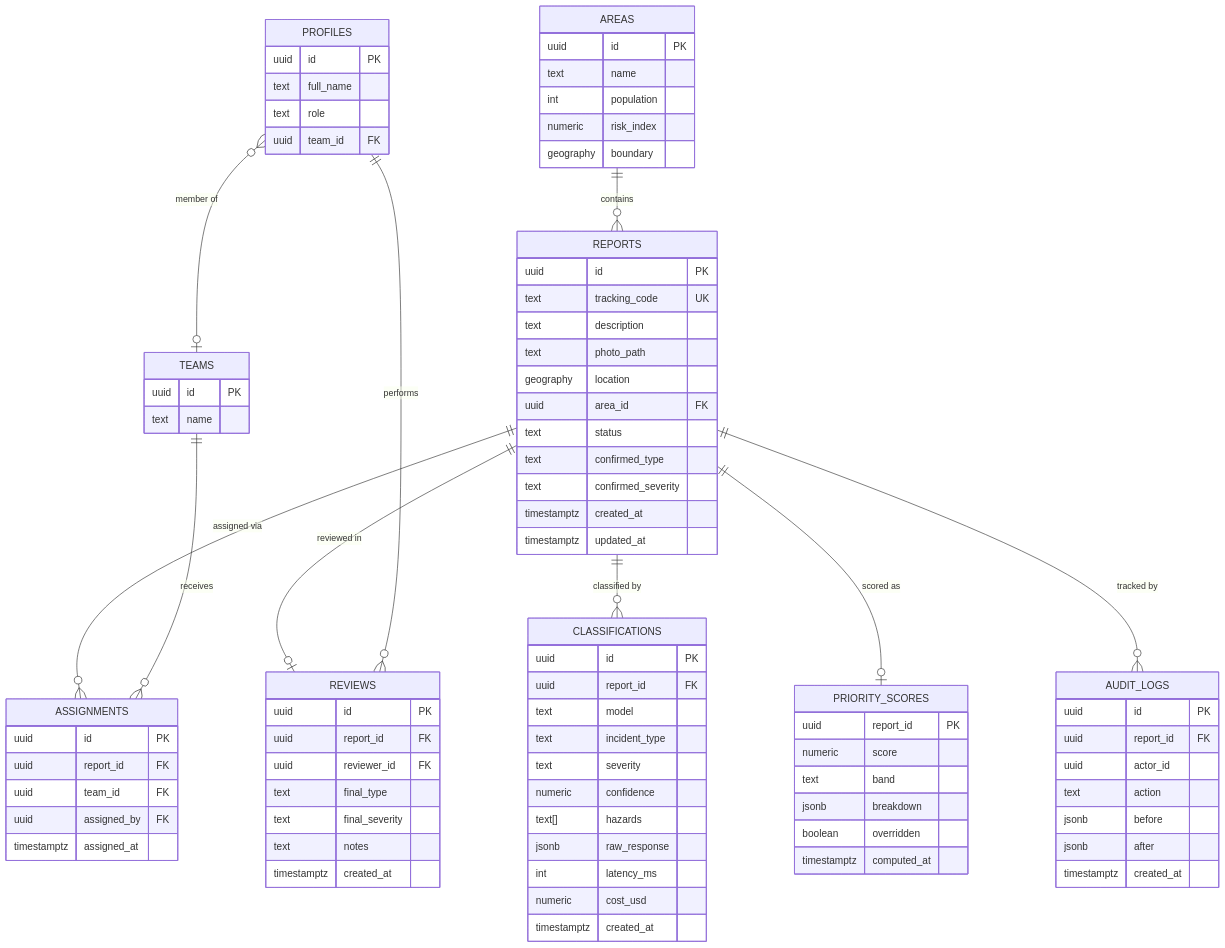
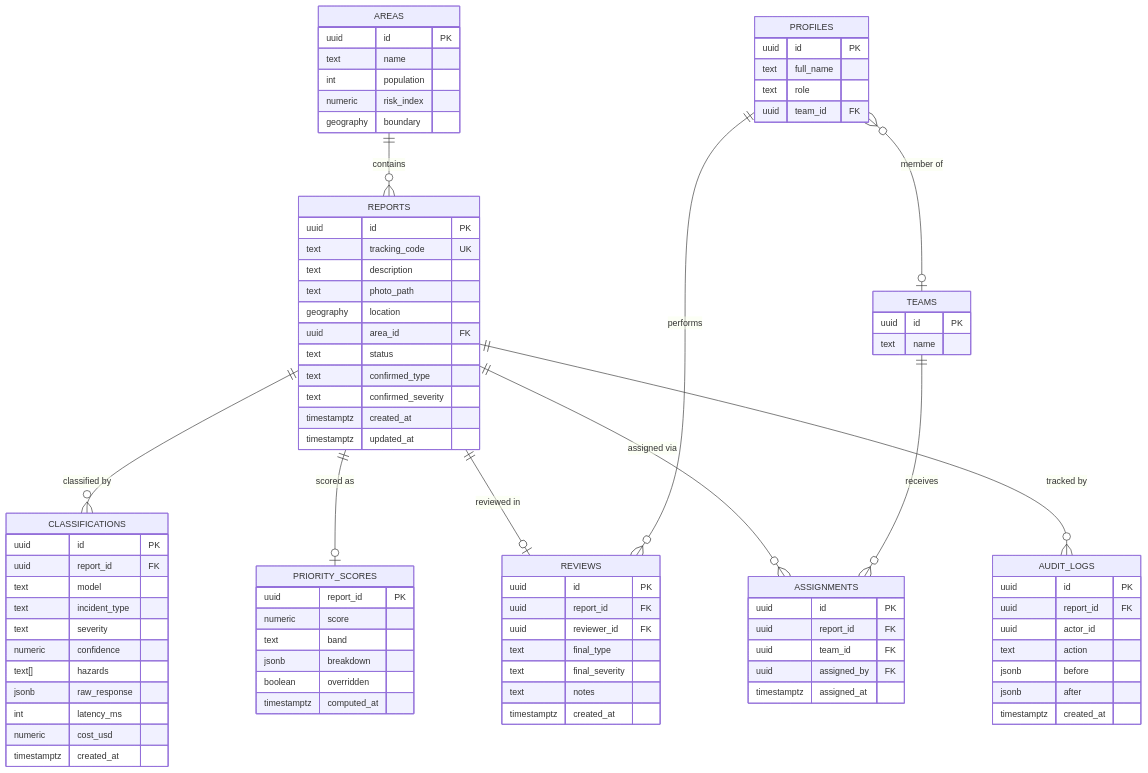
One commit to helidastar/SAGIP-AI changed the seventh of 7 diagrams in docs/DOCUMENTATION.md. Above: the diagram before and after it, drawn with Mermaid. The commit also changed other lines of this file and 1 other file, not shown here.

Commit message:
docs(ai): add AI benchmarking log and portrait architecture diagrams

````diff
--- a/docs/DOCUMENTATION.md
+++ b/docs/DOCUMENTATION.md
@@ -424,14 +429,16 @@
 ```mermaid
+%%{init: {"er": {"layoutDirection": "TB", "entityPadding": 10, "minEntityWidth": 90}, "themeVariables": {"fontSize": "14px"}}}%%
 erDiagram
+    direction TB
+    AREAS ||--o{ REPORTS : contains
     REPORTS ||--o{ CLASSIFICATIONS : "classified by"
+    REPORTS ||--o| PRIORITY_SCORES : "scored as"
     REPORTS ||--o| REVIEWS : "reviewed in"
-    REPORTS ||--o| PRIORITY_SCORES : "scored as"
     REPORTS ||--o{ ASSIGNMENTS : "assigned via"
     REPORTS ||--o{ AUDIT_LOGS : "tracked by"
+    PROFILES ||--o{ REVIEWS : performs
+    PROFILES }o--o| TEAMS : "member of"
     TEAMS ||--o{ ASSIGNMENTS : receives
-    PROFILES }o--o| TEAMS : "member of"
-    PROFILES ||--o{ REVIEWS : performs
-    AREAS ||--o{ REPORTS : contains
 
     REPORTS {
         uuid id PK
````
